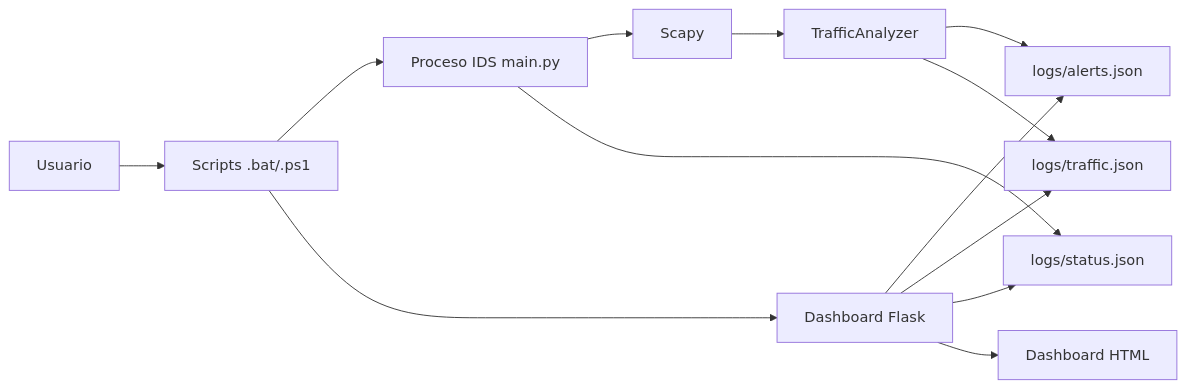
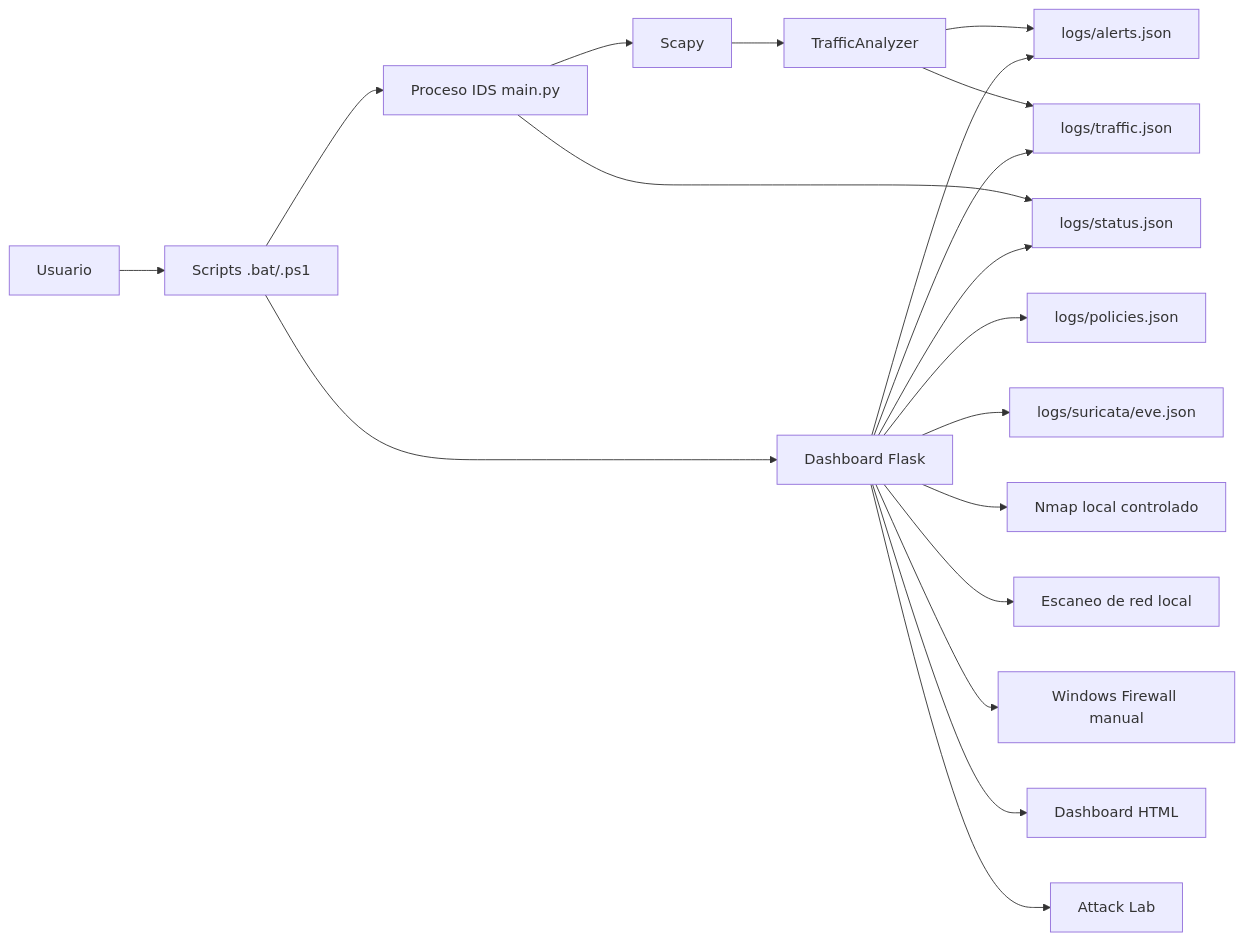
The first of 5 diagrams in docs/FD04-Informe-Arquitectura de Software.md (UPT-FAING-EPIS/proyecto-si784-2026-i-u3-ids-sistema-deteccion-de-instrusos_u3), drawn with Mermaid before and after one commit. The commit also changed other lines of this file and 5 other files, not shown here.

````diff
--- a/docs/FD04-Informe-Arquitectura de Software.md
+++ b/docs/FD04-Informe-Arquitectura de Software.md
@@ -43,15 +44,21 @@
 ```mermaid
 flowchart LR
     USER[Usuario] --> BAT[Scripts .bat/.ps1]
     BAT --> IDS[Proceso IDS main.py]
     BAT --> WEB[Dashboard Flask]
     IDS --> SCAPY[Scapy]
     SCAPY --> ANALYZER[TrafficAnalyzer]
     ANALYZER --> ALERTS[logs/alerts.json]
     ANALYZER --> TRAFFIC[logs/traffic.json]
     IDS --> STATUS[logs/status.json]
     WEB --> ALERTS
     WEB --> TRAFFIC
     WEB --> STATUS
+    WEB --> POLICIES[logs/policies.json]
+    WEB --> SURIEVENTS[logs/suricata/eve.json]
+    WEB --> NMAP[Nmap local controlado]
+    WEB --> SCANNER[Escaneo de red local]
+    WEB --> FIREWALL[Windows Firewall manual]
     WEB --> UI[Dashboard HTML]
+    WEB --> ATTACKLAB[Attack Lab]
 ```
````
